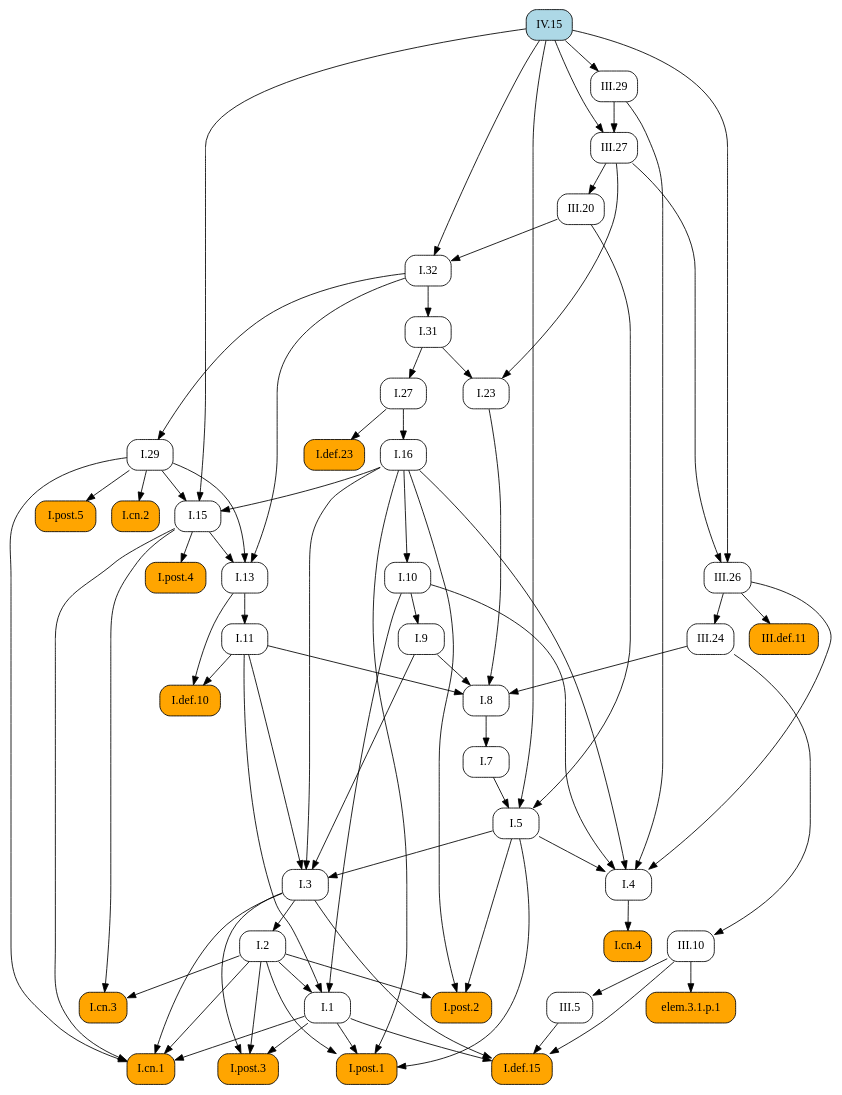
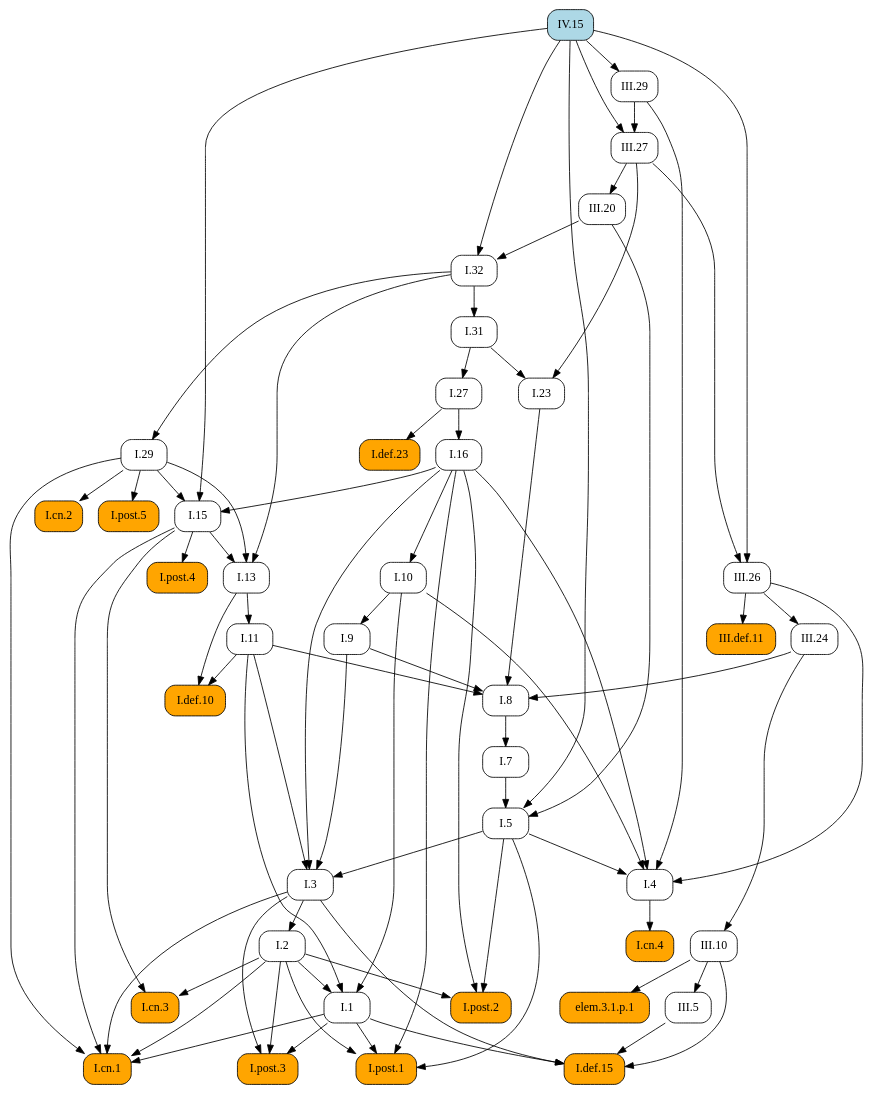
One commit to geometor/elements changed the diagram in docsrc/elements2/IV/15/index.rst. Above: the diagram before and after it, drawn with Graphviz. The commit also changed other lines of this file and 409 other files, not shown here.

First line of the commit message:
feat: Add image cropping and graphic extraction script

```diff
--- a/docsrc/elements2/IV/15/index.rst
+++ b/docsrc/elements2/IV/15/index.rst
@@ -127,121 +127,121 @@
    digraph {
      rankdir="TB";
      node [shape=box, style=rounded];
+     "I.31" [URL="/elements2/I/31/", target="_top"];
+     "I.cn.2" [style="rounded,filled", fillcolor=orange, URL="/elements2/I/cn.2/", target="_top"];
      "I.8" [URL="/elements2/I/8/", target="_top"];
+     "I.5" [URL="/elements2/I/5/", target="_top"];
+     "I.15" [URL="/elements2/I/15/", target="_top"];
+     "I.cn.1" [style="rounded,filled", fillcolor=orange, URL="/elements2/I/cn.1/", target="_top"];
      "I.32" [URL="/elements2/I/32/", target="_top"];
+     "I.7" [URL="/elements2/I/7/", target="_top"];
+     "I.23" [URL="/elements2/I/23/", target="_top"];
+     "elem.3.1.p.1" [style="rounded,filled", fillcolor=orange];
+     "III.26" [URL="/elements2/III/26/", target="_top"];
+     "I.16" [URL="/elements2/I/16/", target="_top"];
+     "III.20" [URL="/elements2/III/20/", target="_top"];
+     "III.29" [URL="/elements2/III/29/", target="_top"];
      "III.27" [URL="/elements2/III/27/", target="_top"];
+     "I.def.15" [style="rounded,filled", fillcolor=orange, URL="/elements2/I/def.15/", target="_top"];
+     "I.def.10" [style="rounded,filled", fillcolor=orange, URL="/elements2/I/def.10/", target="_top"];
+     "I.11" [URL="/elements2/I/11/", target="_top"];
+     "I.def.23" [style="rounded,filled", fillcolor=orange, URL="/elements2/I/def.23/", target="_top"];
+     "III.5" [URL="/elements2/III/5/", target="_top"];
+     "I.post.5" [style="rounded,filled", fillcolor=orange, URL="/elements2/I/post.5/", target="_top"];
+     "I.3" [URL="/elements2/I/3/", target="_top"];
+     "I.10" [URL="/elements2/I/10/", target="_top"];
+     "IV.15" [style="rounded,filled", fillcolor=lightblue, URL="/elements2/IV/15/", target="_top"];
+     "I.cn.3" [style="rounded,filled", fillcolor=orange, URL="/elements2/I/cn.3/", target="_top"];
+     "III.24" [URL="/elements2/III/24/", target="_top"];
+     "I.13" [URL="/elements2/I/13/", target="_top"];
+     "I.4" [URL="/elements2/I/4/", target="_top"];
+     "I.post.3" [style="rounded,filled", fillcolor=orange, URL="/elements2/I/post.3/", target="_top"];
+     "I.9" [URL="/elements2/I/9/", target="_top"];
+     "I.29" [URL="/elements2/I/29/", target="_top"];
      "I.post.1" [style="rounded,filled", fillcolor=orange, URL="/elements2/I/post.1/", target="_top"];
-     "I.5" [URL="/elements2/I/5/", target="_top"];
-     "I.post.5" [style="rounded,filled", fillcolor=orange, URL="/elements2/I/post.5/", target="_top"];
-     "III.29" [URL="/elements2/III/29/", target="_top"];
-     "I.def.10" [style="rounded,filled", fillcolor=orange, URL="/elements2/I/def.10/", target="_top"];
-     "I.cn.2" [style="rounded,filled", fillcolor=orange, URL="/elements2/I/cn.2/", target="_top"];
-     "I.def.15" [style="rounded,filled", fillcolor=orange, URL="/elements2/I/def.15/", target="_top"];
-     "I.31" [URL="/elements2/I/31/", target="_top"];
-     "I.11" [URL="/elements2/I/11/", target="_top"];
+     "I.2" [URL="/elements2/I/2/", target="_top"];
+     "III.10" [URL="/elements2/III/10/", target="_top"];
+     "I.27" [URL="/elements2/I/27/", target="_top"];
      "III.def.11" [style="rounded,filled", fillcolor=orange, URL="/elements2/III/def.11/", target="_top"];
-     "I.3" [URL="/elements2/I/3/", target="_top"];
+     "I.cn.4" [style="rounded,filled", fillcolor=orange, URL="/elements2/I/cn.4/", target="_top"];
+     "I.post.4" [style="rounded,filled", fillcolor=orange, URL="/elements2/I/post.4/", target="_top"];
+     "I.1" [URL="/elements2/I/1/", target="_top"];
      "I.post.2" [style="rounded,filled", fillcolor=orange, URL="/elements2/I/post.2/", target="_top"];
-     "III.24" [URL="/elements2/III/24/", target="_top"];
-     "III.10" [URL="/elements2/III/10/", target="_top"];
-     "I.def.23" [style="rounded,filled", fillcolor=orange, URL="/elements2/I/def.23/", target="_top"];
-     "I.cn.3" [style="rounded,filled", fillcolor=orange, URL="/elements2/I/cn.3/", target="_top"];
-     "I.cn.4" [style="rounded,filled", fillcolor=orange, URL="/elements2/I/cn.4/", target="_top"];
-     "I.1" [URL="/elements2/I/1/", target="_top"];
-     "III.5" [URL="/elements2/III/5/", target="_top"];
-     "III.20" [URL="/elements2/III/20/", target="_top"];
-     "I.7" [URL="/elements2/I/7/", target="_top"];
-     "III.26" [URL="/elements2/III/26/", target="_top"];
-     "I.9" [URL="/elements2/I/9/", target="_top"];
-     "elem.3.1.p.1" [style="rounded,filled", fillcolor=orange];
-     "I.cn.1" [style="rounded,filled", fillcolor=orange, URL="/elements2/I/cn.1/", target="_top"];
-     "I.29" [URL="/elements2/I/29/", target="_top"];
-     "I.post.4" [style="rounded,filled", fillcolor=orange, URL="/elements2/I/post.4/", target="_top"];
-     "I.16" [URL="/elements2/I/16/", target="_top"];
-     "I.13" [URL="/elements2/I/13/", target="_top"];
-     "IV.15" [style="rounded,filled", fillcolor=lightblue, URL="/elements2/IV/15/", target="_top"];
-     "I.2" [URL="/elements2/I/2/", target="_top"];
-     "I.27" [URL="/elements2/I/27/", target="_top"];
-     "I.4" [URL="/elements2/I/4/", target="_top"];
-     "I.10" [URL="/elements2/I/10/", target="_top"];
-     "I.15" [URL="/elements2/I/15/", target="_top"];
-     "I.23" [URL="/elements2/I/23/", target="_top"];
-     "I.post.3" [style="rounded,filled", fillcolor=orange, URL="/elements2/I/post.3/", target="_top"];
+     "I.32" -> "I.31";
+     "I.29" -> "I.cn.2";
      "I.9" -> "I.8";
      "I.11" -> "I.8";
      "I.23" -> "I.8";
      "III.24" -> "I.8";
-     "III.20" -> "I.32";
-     "IV.15" -> "I.32";
-     "III.29" -> "III.27";
-     "IV.15" -> "III.27";
-     "I.1" -> "I.post.1";
-     "I.2" -> "I.post.1";
-     "I.5" -> "I.post.1";
-     "I.16" -> "I.post.1";
      "I.7" -> "I.5";
      "III.20" -> "I.5";
      "IV.15" -> "I.5";
-     "I.29" -> "I.post.5";
-     "IV.15" -> "III.29";
-     "I.11" -> "I.def.10";
-     "I.13" -> "I.def.10";
-     "I.29" -> "I.cn.2";
-     "I.1" -> "I.def.15";
-     "I.3" -> "I.def.15";
-     "III.5" -> "I.def.15";
-     "III.10" -> "I.def.15";
-     "I.32" -> "I.31";
-     "I.13" -> "I.11";
-     "III.26" -> "III.def.11";
-     "I.5" -> "I.3";
-     "I.9" -> "I.3";
-     "I.11" -> "I.3";
-     "I.16" -> "I.3";
-     "I.2" -> "I.post.2";
-     "I.5" -> "I.post.2";
-     "I.16" -> "I.post.2";
-     "III.26" -> "III.24";
-     "III.24" -> "III.10";
-     "I.27" -> "I.def.23";
-     "I.2" -> "I.cn.3";
-     "I.15" -> "I.cn.3";
-     "I.4" -> "I.cn.4";
-     "I.2" -> "I.1";
-     "I.10" -> "I.1";
-     "I.11" -> "I.1";
-     "III.10" -> "III.5";
-     "III.27" -> "III.20";
-     "I.8" -> "I.7";
-     "III.27" -> "III.26";
-     "IV.15" -> "III.26";
-     "I.10" -> "I.9";
-     "III.10" -> "elem.3.1.p.1";
+     "I.16" -> "I.15";
+     "I.29" -> "I.15";
+     "IV.15" -> "I.15";
      "I.1" -> "I.cn.1";
      "I.2" -> "I.cn.1";
      "I.3" -> "I.cn.1";
      "I.15" -> "I.cn.1";
      "I.29" -> "I.cn.1";
-     "I.32" -> "I.29";
-     "I.15" -> "I.post.4";
+     "III.20" -> "I.32";
+     "IV.15" -> "I.32";
+     "I.8" -> "I.7";
+     "I.31" -> "I.23";
+     "III.27" -> "I.23";
+     "III.10" -> "elem.3.1.p.1";
+     "III.27" -> "III.26";
+     "IV.15" -> "III.26";
      "I.27" -> "I.16";
+     "III.27" -> "III.20";
+     "IV.15" -> "III.29";
+     "III.29" -> "III.27";
+     "IV.15" -> "III.27";
+     "I.1" -> "I.def.15";
+     "I.3" -> "I.def.15";
+     "III.5" -> "I.def.15";
+     "III.10" -> "I.def.15";
+     "I.11" -> "I.def.10";
+     "I.13" -> "I.def.10";
+     "I.13" -> "I.11";
+     "I.27" -> "I.def.23";
+     "III.10" -> "III.5";
+     "I.29" -> "I.post.5";
+     "I.5" -> "I.3";
+     "I.9" -> "I.3";
+     "I.11" -> "I.3";
+     "I.16" -> "I.3";
+     "I.16" -> "I.10";
+     "I.2" -> "I.cn.3";
+     "I.15" -> "I.cn.3";
+     "III.26" -> "III.24";
      "I.15" -> "I.13";
      "I.29" -> "I.13";
      "I.32" -> "I.13";
-     "I.3" -> "I.2";
-     "I.31" -> "I.27";
      "I.5" -> "I.4";
      "I.10" -> "I.4";
      "I.16" -> "I.4";
      "III.26" -> "I.4";
      "III.29" -> "I.4";
-     "I.16" -> "I.10";
-     "I.16" -> "I.15";
-     "I.29" -> "I.15";
-     "IV.15" -> "I.15";
-     "I.31" -> "I.23";
-     "III.27" -> "I.23";
      "I.1" -> "I.post.3";
      "I.2" -> "I.post.3";
      "I.3" -> "I.post.3";
+     "I.10" -> "I.9";
+     "I.32" -> "I.29";
+     "I.1" -> "I.post.1";
+     "I.2" -> "I.post.1";
+     "I.5" -> "I.post.1";
+     "I.16" -> "I.post.1";
+     "I.3" -> "I.2";
+     "III.24" -> "III.10";
+     "I.31" -> "I.27";
+     "III.26" -> "III.def.11";
+     "I.4" -> "I.cn.4";
+     "I.15" -> "I.post.4";
+     "I.2" -> "I.1";
+     "I.10" -> "I.1";
+     "I.11" -> "I.1";
+     "I.2" -> "I.post.2";
+     "I.5" -> "I.post.2";
+     "I.16" -> "I.post.2";
    }
```
